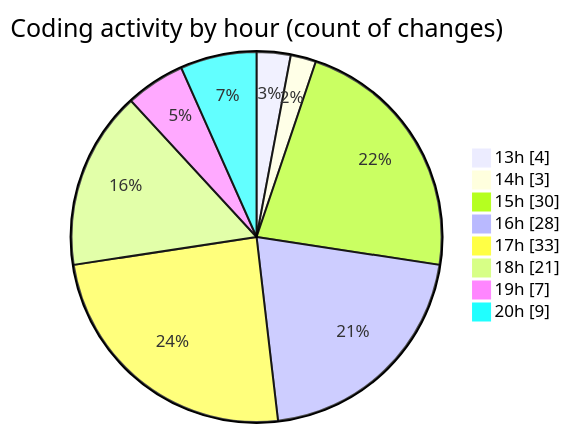
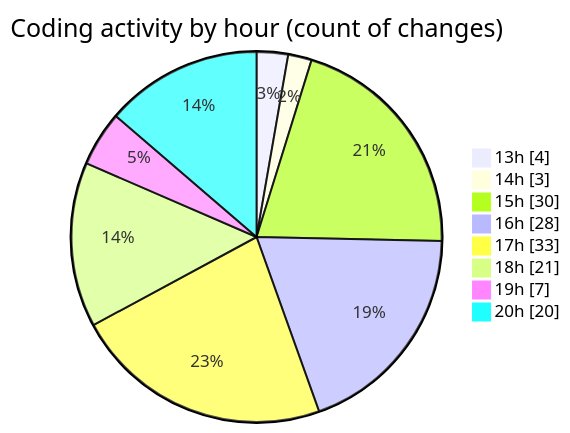
One commit to EIIisD/code-tracking changed the second of 2 diagrams in 2025-08-11/ribbon/README.md. Above: the diagram before and after it, drawn with Mermaid. The commit also changed other lines of this file and 1 other file, not shown here.

````diff
--- a/2025-08-11/ribbon/README.md
+++ b/2025-08-11/ribbon/README.md
@@ -52,12 +52,12 @@
 ```mermaid
 pie showData
 title Coding activity by hour (count of changes)
 "13h" : 4
 "14h" : 3
 "15h" : 30
 "16h" : 28
 "17h" : 33
 "18h" : 21
 "19h" : 7
-"20h" : 9
+"20h" : 20
 ```
````
